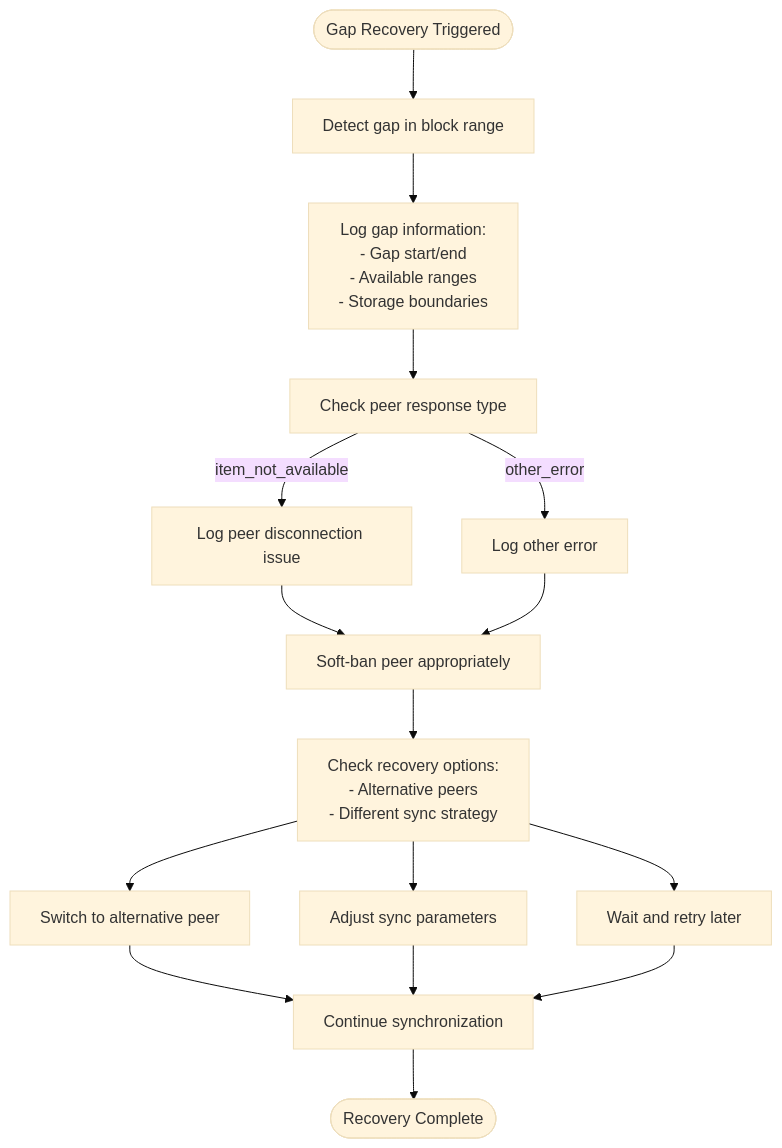
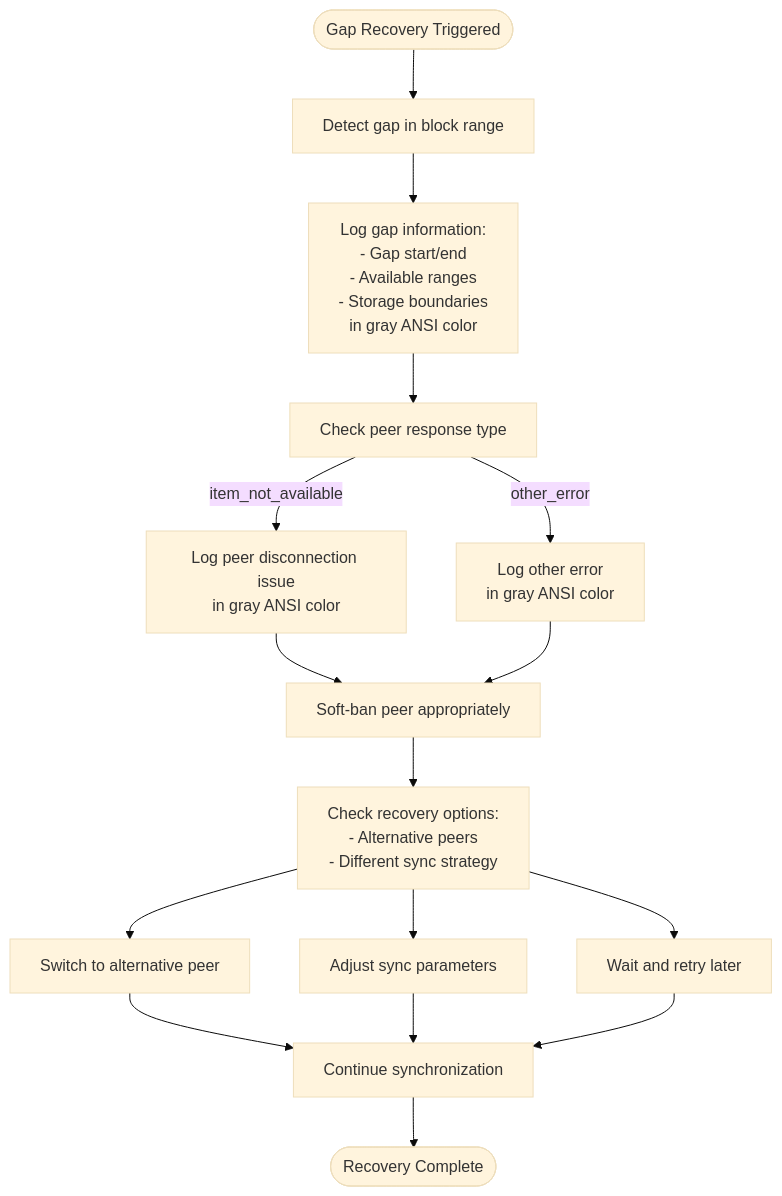
Before and after one commit to VIZ-Blockchain/viz-cpp-node: diagram 13 of 36 in .qoder/repowiki/en/content/P2p Plugin.md, drawn with Mermaid (base theme). The commit also changed other lines of this file and 3 other files, not shown here.

````diff
--- a/.qoder/repowiki/en/content/P2p Plugin.md
+++ b/.qoder/repowiki/en/content/P2p Plugin.md
@@ -596,18 +611,18 @@
 ```mermaid
 flowchart TD
 Start([Gap Recovery Triggered]) --> DetectGap["Detect gap in block range"]
-DetectGap --> LogGapInfo["Log gap information:<br/>- Gap start/end<br/>- Available ranges<br/>- Storage boundaries"]
+DetectGap --> LogGapInfo["Log gap information:<br/>- Gap start/end<br/>- Available ranges<br/>- Storage boundaries<br/>in gray ANSI color"]
 LogGapInfo --> CheckPeerResponse["Check peer response type"]
-CheckPeerResponse --> |item_not_available| LogPeerIssue["Log peer disconnection issue"]
-CheckPeerResponse --> |other_error| LogOtherError["Log other error"]
+CheckPeerResponse --> |item_not_available| LogPeerIssue["Log peer disconnection issue<br/>in gray ANSI color"]
+CheckPeerResponse --> |other_error| LogOtherError["Log other error<br/>in gray ANSI color"]
 LogPeerIssue --> SoftBanPeer["Soft-ban peer appropriately"]
 LogOtherError --> SoftBanPeer
 SoftBanPeer --> CheckRecoveryOptions["Check recovery options:<br/>- Alternative peers<br/>- Different sync strategy"]
 CheckRecoveryOptions --> SwitchPeer["Switch to alternative peer"]
 CheckRecoveryOptions --> AdjustSync["Adjust sync parameters"]
 CheckRecoveryOptions --> WaitAndRetry["Wait and retry later"]
 SwitchPeer --> ContinueSync["Continue synchronization"]
 AdjustSync --> ContinueSync
 WaitAndRetry --> ContinueSync
 ContinueSync --> End([Recovery Complete])
 ```
````
